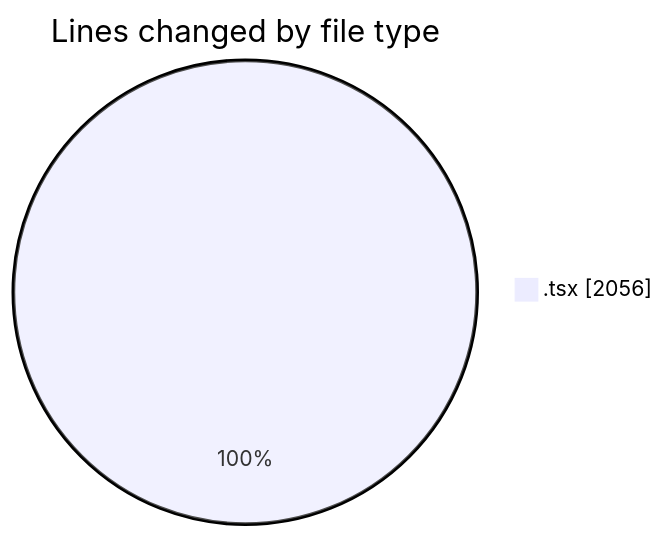
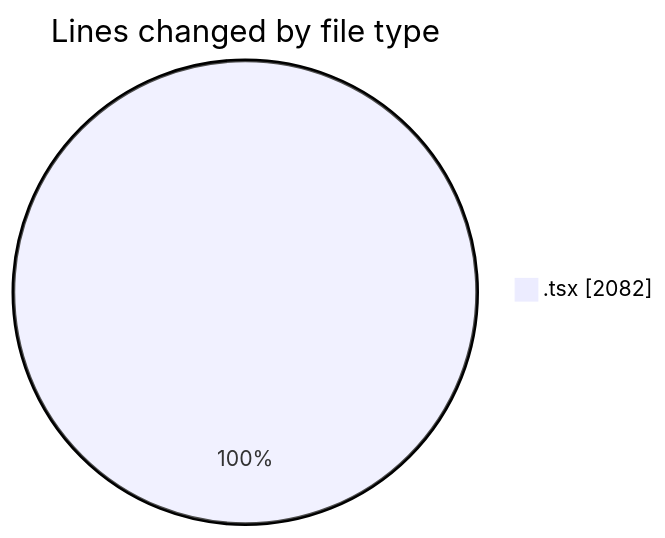
The first of 2 diagrams in 2026-04-09/airfeed-analytics-dashboard/README.md (nxtqubesakshisongat/code-tracking), drawn with Mermaid before and after one commit. The commit also changed other lines of this file and 1 other file, not shown here.

````diff
--- a/2026-04-09/airfeed-analytics-dashboard/README.md
+++ b/2026-04-09/airfeed-analytics-dashboard/README.md
@@ -26,5 +26,5 @@
 ```mermaid
 pie showData
 title Lines changed by file type
-".tsx" : 2056
+".tsx" : 2082
 ```
````
